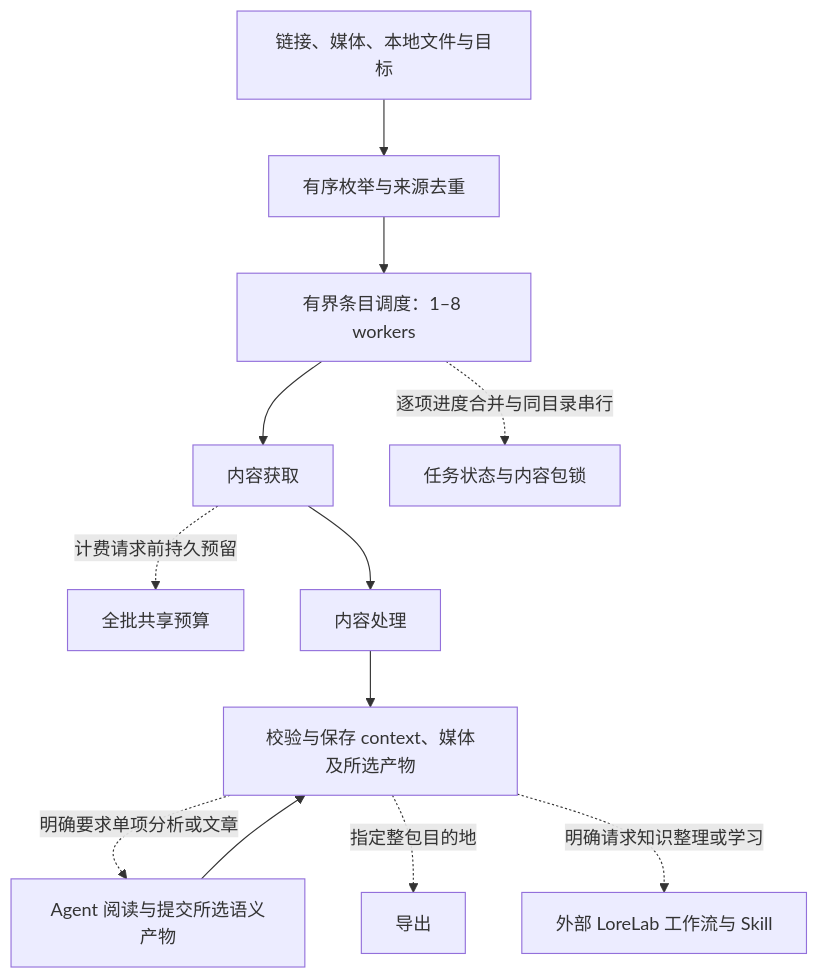
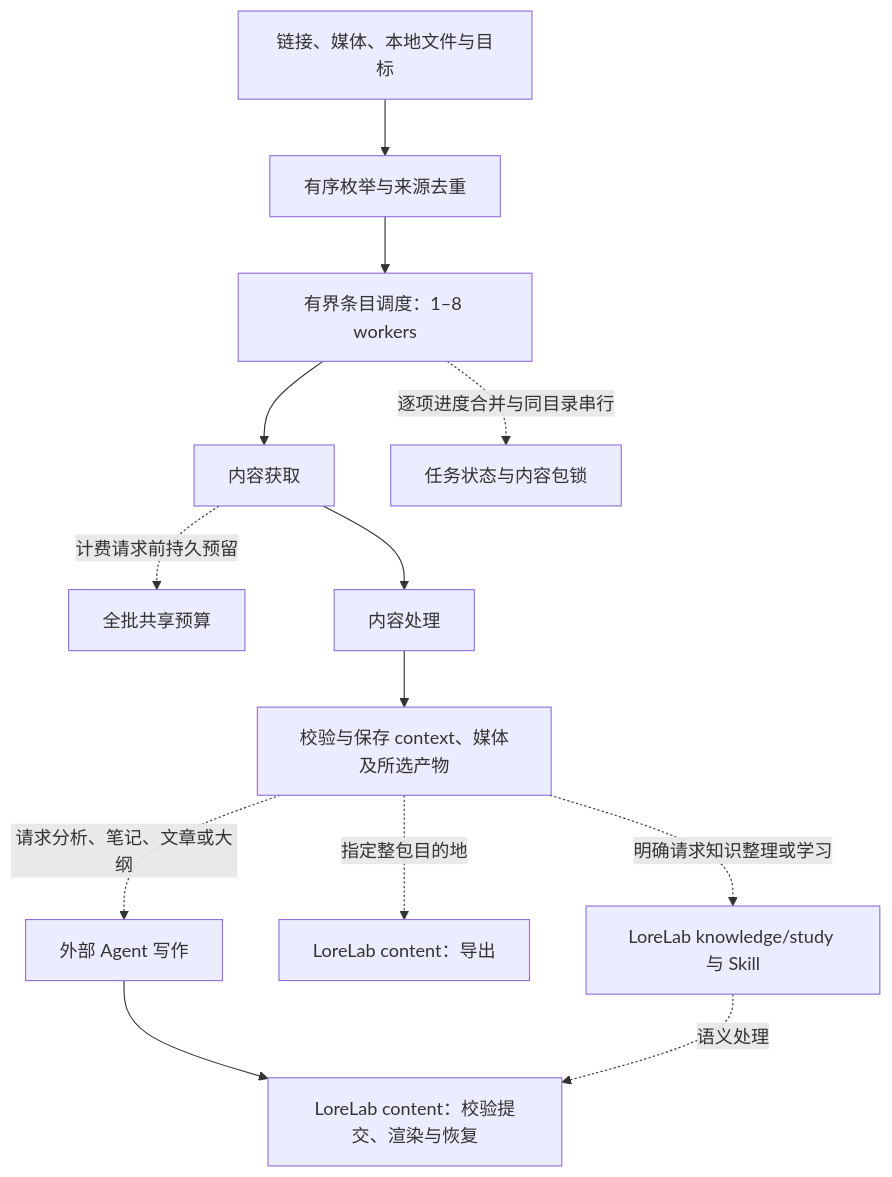
One commit to 0xTotoroX/lorelab changed the first of 2 diagrams in modules/soota/docs/providers.md. Above: the diagram before and after it, drawn with Mermaid. The commit also changed other lines of this file and 24 other files, not shown here.

Commit message:
docs: move semantic content workflows and skills to LoreLab

````diff
--- a/modules/soota/docs/providers.md
+++ b/modules/soota/docs/providers.md
@@ -19,15 +19,16 @@
 ```mermaid
 flowchart TD
     A[链接、媒体、本地文件与目标] --> B[有序枚举与来源去重]
     B --> H[有界条目调度：1–8 workers]
     H --> C[内容获取]
     H -.逐项进度合并与同目录串行.-> S[任务状态与内容包锁]
     C -.计费请求前持久预留.-> Q[全批共享预算]
     C --> D[内容处理]
     D --> E[校验与保存 context、媒体及所选产物]
-    E -.明确要求单项分析或文章.-> F[Agent 阅读与提交所选语义产物]
-    F --> E
-    E -.指定整包目的地.-> G[导出]
-    E -.明确请求知识整理或学习.-> K[外部 LoreLab 工作流与 Skill]
+    E -.请求分析、笔记、文章或大纲.-> F[外部 Agent 写作]
+    F --> L[LoreLab content：校验提交、渲染与恢复]
+    E -.指定整包目的地.-> G[LoreLab content：导出]
+    E -.明确请求知识整理或学习.-> K[LoreLab knowledge/study 与 Skill]
+    K -.语义处理.-> L
 
 ```
````
